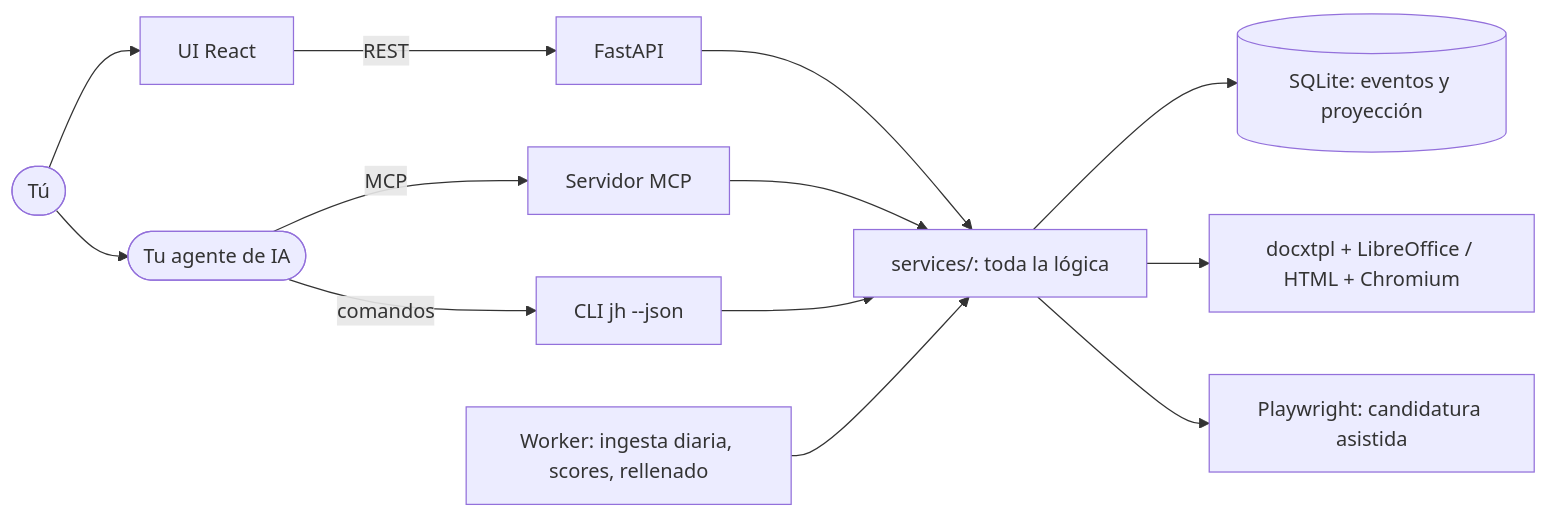
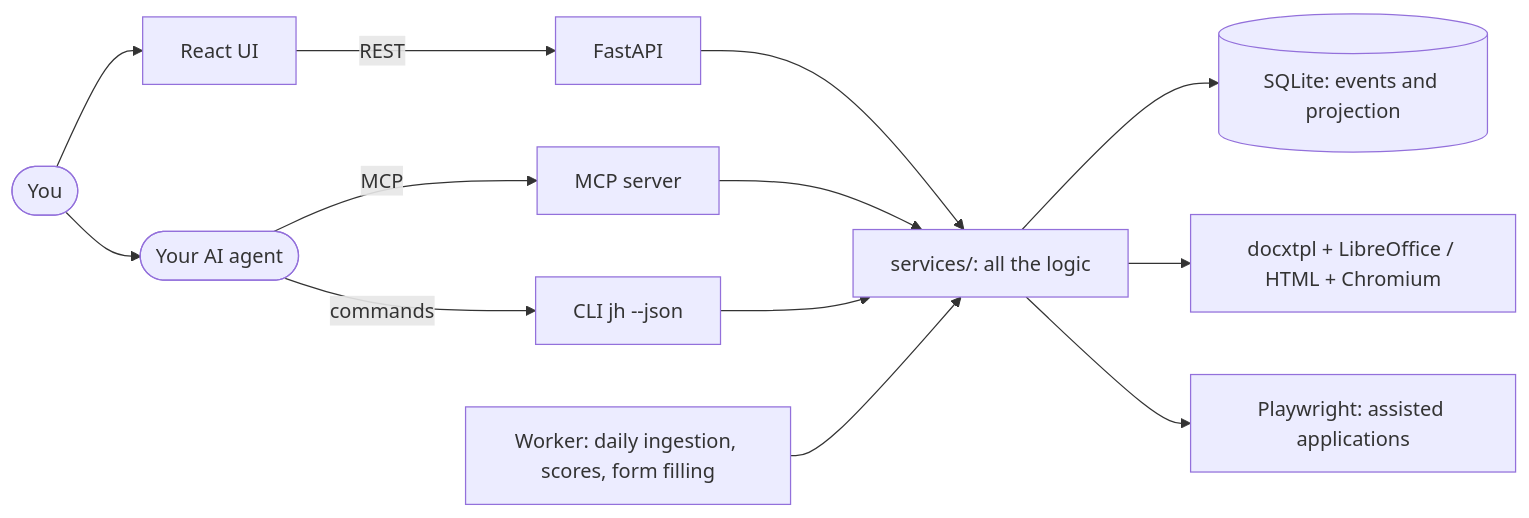
The first of 2 diagrams in README.md (DiegoPrieto23/candidatai), drawn with Mermaid before and after one commit. The commit also changed other lines of this file and 37 other files, not shown here.

````diff
--- a/README.md
+++ b/README.md
@@ -66,15 +276,15 @@
 ```mermaid
 flowchart LR
-    user([Tú]) --> ui[UI React]
-    user --> agent([Tu agente de IA])
+    user([You]) --> ui[React UI]
+    user --> agent([Your AI agent])
     ui -->|REST| api[FastAPI]
-    agent -->|MCP| mcp[Servidor MCP]
-    agent -->|comandos| cli[CLI jh --json]
+    agent -->|MCP| mcp[MCP server]
+    agent -->|commands| cli[CLI jh --json]
     api --> svc
     mcp --> svc
     cli --> svc
-    worker[Worker: ingesta diaria, scores, rellenado] --> svc
-    svc[services/: toda la lógica] --> db[(SQLite: eventos y proyección)]
+    worker[Worker: daily ingestion, scores, form filling] --> svc
+    svc[services/: all the logic] --> db[(SQLite: events and projection)]
     svc --> docs[docxtpl + LibreOffice / HTML + Chromium]
-    svc --> pw[Playwright: candidatura asistida]
+    svc --> pw[Playwright: assisted applications]
 ```
````
